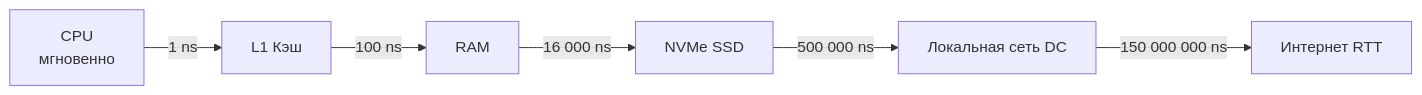
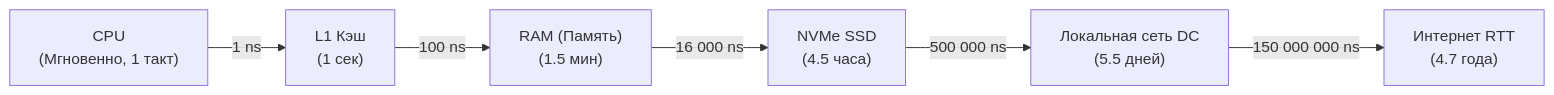
The diagram in sources/1. Архитектура компьютера/38. Latency Numbers Every Programmer Should Know.md (UnrealTemplier/go-textbook), drawn with Mermaid before and after one commit. The commit also changed other lines of this file, not shown here.

````diff
--- a/sources/1. Архитектура компьютера/38. Latency Numbers Every Programmer Should Know.md
+++ b/sources/1. Архитектура компьютера/38. Latency Numbers Every Programmer Should Know.md
@@ -33,8 +37,8 @@
 ```mermaid
 flowchart LR
-    CPU["CPU <br> мгновенно"]-->|"1 ns"| L1["L1 Кэш"]
-    L1-->|"100 ns"| RAM["RAM"]
-    RAM-->|"16 000 ns"| NVMe["NVMe SSD"]
-    NVMe-->|"500 000 ns"| LAN["Локальная сеть DC"]
-    LAN-->|"150 000 000 ns"| WAN["Интернет RTT"]
+    CPU["CPU<br>(Мгновенно, 1 такт)"] -->|"1 ns"| L1["L1 Кэш<br>(1 сек)"]
+    L1 -->|"100 ns"| RAM["RAM (Память)<br>(1.5 мин)"]
+    RAM -->|"16 000 ns"| NVMe["NVMe SSD<br>(4.5 часа)"]
+    NVMe -->|"500 000 ns"| LAN["Локальная сеть DC<br>(5.5 дней)"]
+    LAN -->|"150 000 000 ns"| WAN["Интернет RTT<br>(4.7 года)"]
 ```
````
